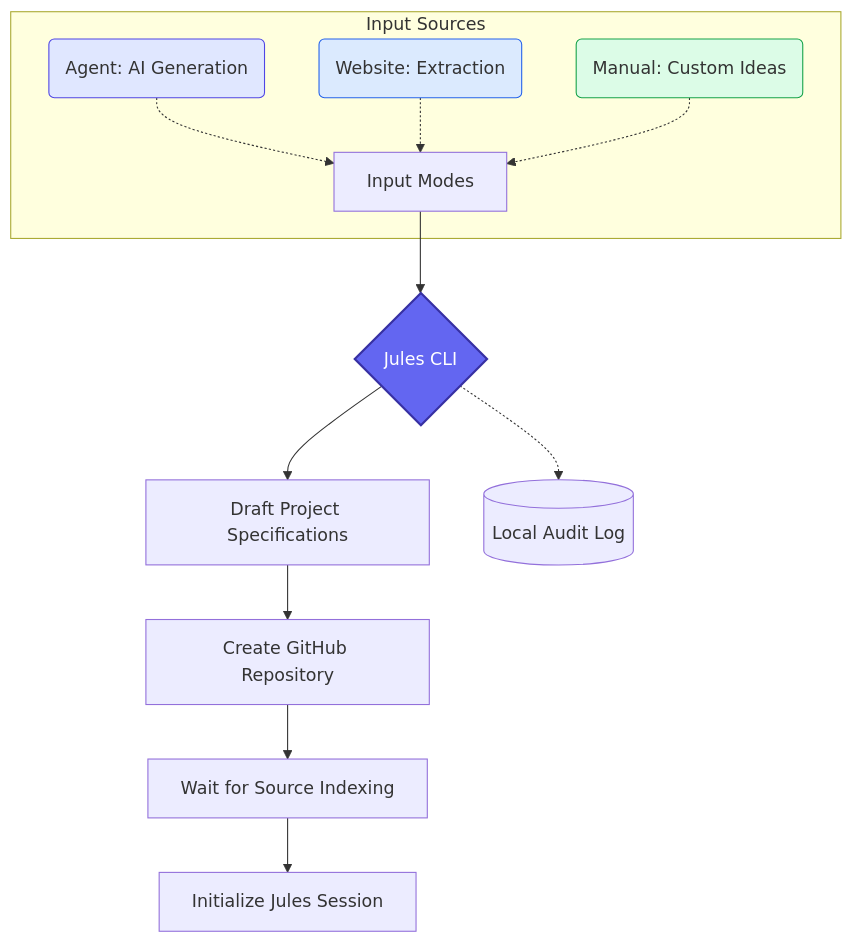
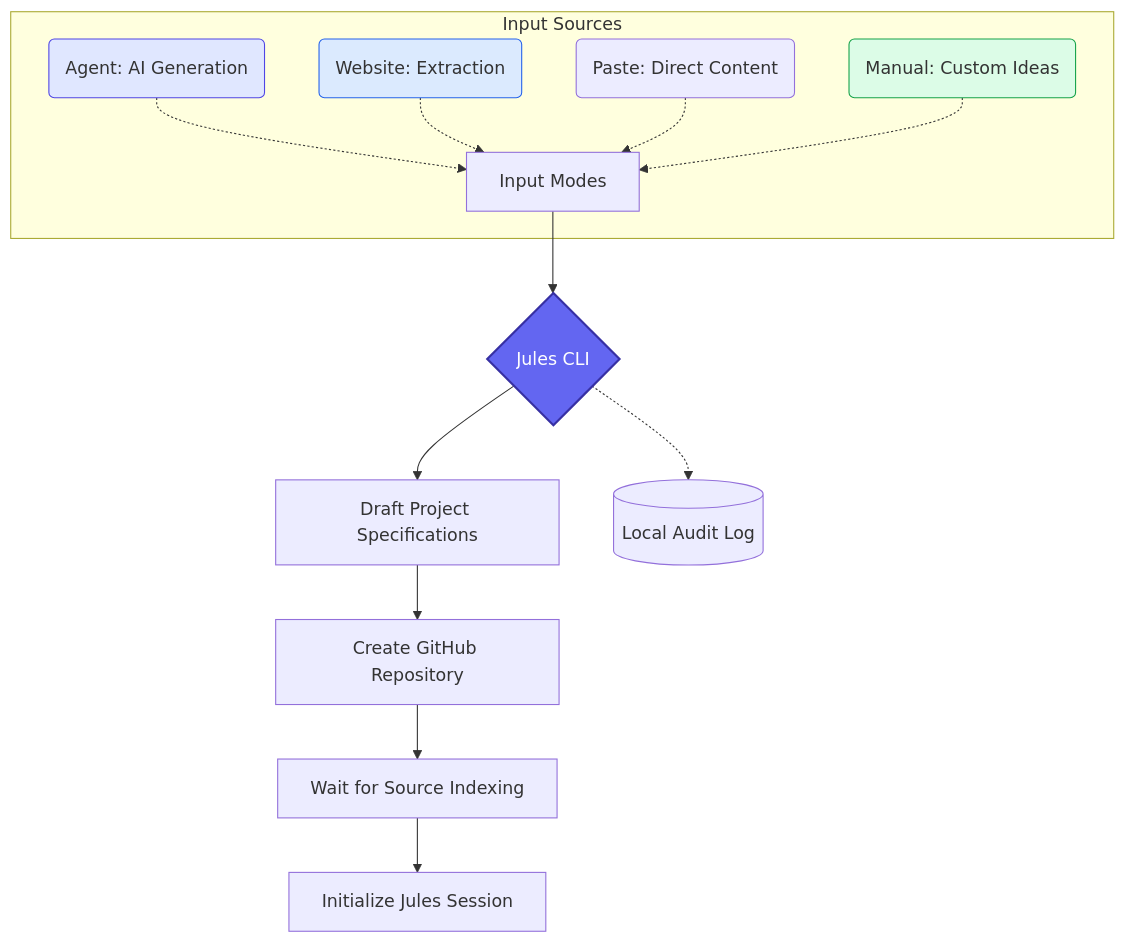
The diagram in README.md (julesjewels-ai/jules-idea-automation), drawn with Mermaid before and after one commit. The commit also changed other lines of this file and 1 other file, not shown here.

Commit message:
feat: add paste input mode and `--content` flag to website command for direct content input.

````diff
--- a/README.md
+++ b/README.md
@@ -59,22 +60,23 @@
 ```mermaid
 flowchart TD
     A[Input Modes] --> B{Jules CLI}
 
     subgraph Input Sources
     A1(Agent: AI Generation) -.-> A
     A2(Website: Extraction) -.-> A
+    A4(Paste: Direct Content) -.-> A
     A3(Manual: Custom Ideas) -.-> A
     end
 
     B --> C[Draft Project Specifications]
     C --> D[Create GitHub Repository]
     D --> E[Wait for Source Indexing]
     E --> F[Initialize Jules Session]
 
     B -.-> G[(Local Audit Log)]
 
     style B fill:#6366f1,stroke:#3730a3,stroke-width:2px,color:#fff
     style A1 fill:#e0e7ff,stroke:#4f46e5,color:#333
     style A2 fill:#dbeafe,stroke:#2563eb,color:#333
     style A3 fill:#dcfce7,stroke:#16a34a,color:#333
 ```
````
